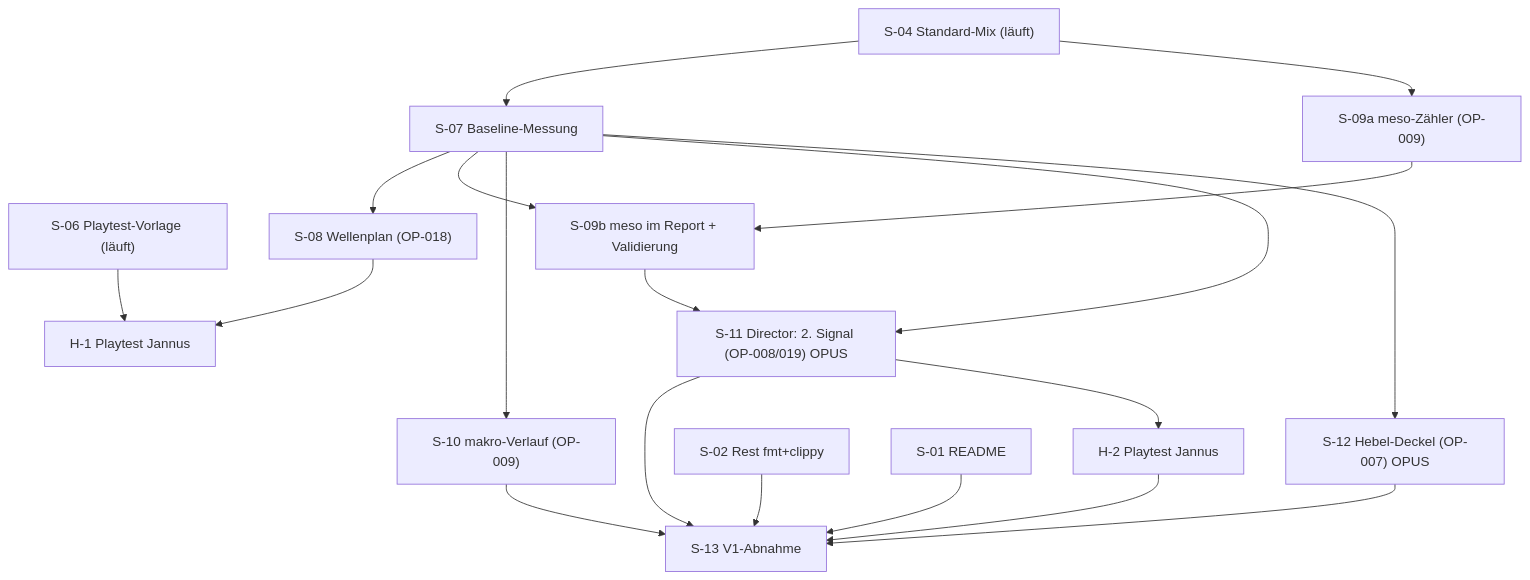
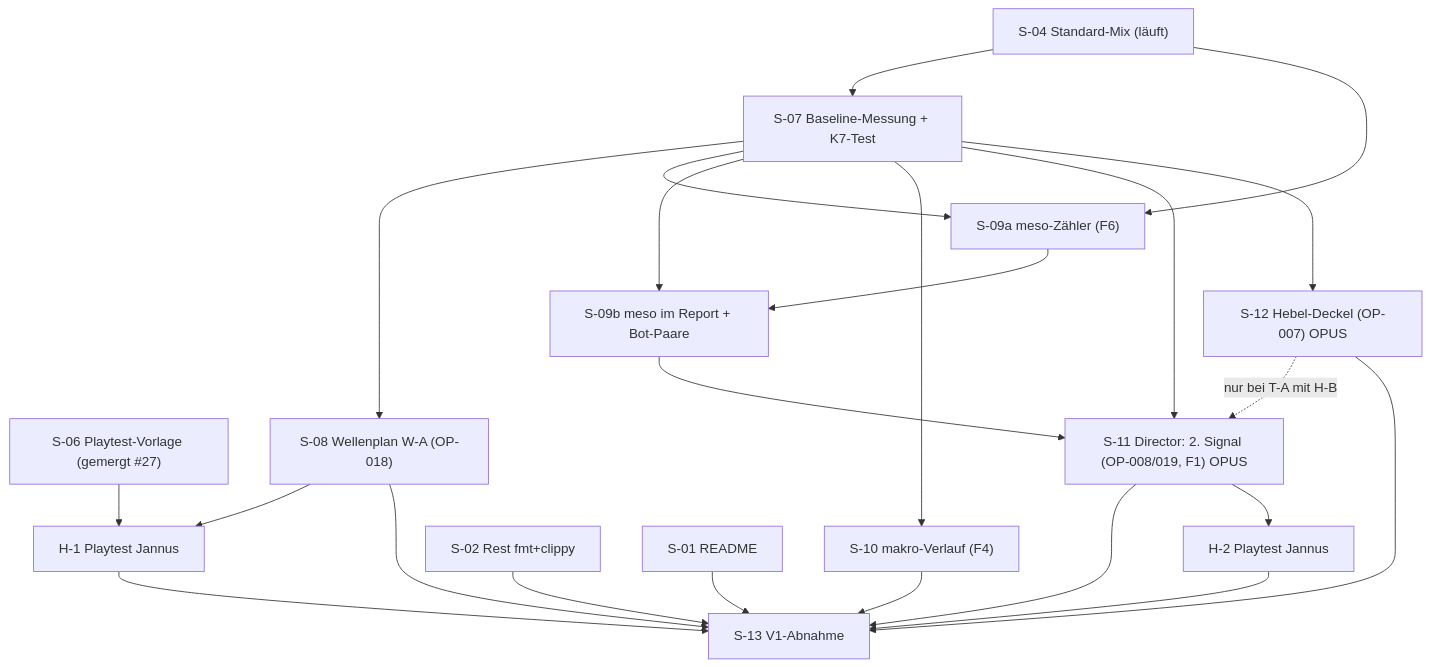
The second of 2 diagrams in docs/PLAN.md (Maginis00/Arena-flow), drawn with Mermaid before and after one commit. The commit also changed other lines of this file, not shown here.

````diff
--- a/docs/PLAN.md
+++ b/docs/PLAN.md
@@ -217,21 +241,25 @@
 ```mermaid
 flowchart TD
-  S04["S-04 Standard-Mix (läuft)"] --> S07["S-07 Baseline-Messung"]
-  S06["S-06 Playtest-Vorlage (läuft)"] --> H1["H-1 Playtest Jannus"]
-  S07 --> S08["S-08 Wellenplan (OP-018)"]
+  S04["S-04 Standard-Mix (läuft)"] --> S07["S-07 Baseline-Messung + K7-Test"]
+  S06["S-06 Playtest-Vorlage (gemergt #27)"] --> H1["H-1 Playtest Jannus"]
+  S07 --> S08["S-08 Wellenplan W-A (OP-018)"]
   S08 --> H1
-  S04 --> S09a["S-09a meso-Zähler (OP-009)"]
-  S09a --> S09b["S-09b meso im Report + Validierung"]
+  S04 --> S09a["S-09a meso-Zähler (F6)"]
+  S07 --> S09a
+  S09a --> S09b["S-09b meso im Report + Bot-Paare"]
   S07 --> S09b
-  S07 --> S10["S-10 makro-Verlauf (OP-009)"]
-  S07 --> S11["S-11 Director: 2. Signal (OP-008/019) OPUS"]
+  S07 --> S10["S-10 makro-Verlauf (F4)"]
+  S07 --> S11["S-11 Director: 2. Signal (OP-008/019, F1) OPUS"]
   S09b --> S11
+  S12 -. "nur bei T-A mit H-B" .-> S11
   S07 --> S12["S-12 Hebel-Deckel (OP-007) OPUS"]
   S11 --> S13["S-13 V1-Abnahme"]
   S12 --> S13
   S10 --> S13
+  S08 --> S13
   S02["S-02 Rest fmt+clippy"] --> S13
   S01["S-01 README"] --> S13
+  H1 --> S13
   S11 --> H2["H-2 Playtest Jannus"]
   H2 --> S13
 ```
````
